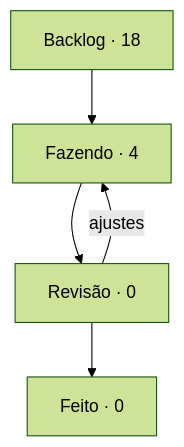
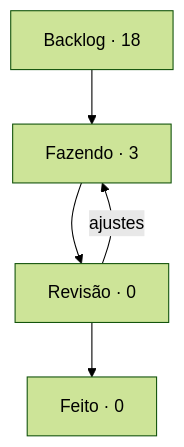
The diagram in boards/dungeon-bend/BOARD.md (StudioVibi/VibiKanban), drawn with Mermaid (forest theme) before and after one commit. The commit also changed other lines of this file and 2 other files, not shown here.

````diff
--- a/boards/dungeon-bend/BOARD.md
+++ b/boards/dungeon-bend/BOARD.md
@@ -5,10 +5,10 @@
 ```mermaid
 flowchart TD
-  backlog["Backlog · 18"] --> doing["Fazendo · 4"]
+  backlog["Backlog · 18"] --> doing["Fazendo · 3"]
   doing --> review["Revisão · 0"]
   review --> done["Feito · 0"]
   review -->|ajustes| doing
   doing:::blue
   review:::yellow
   done:::green
 ```
````
